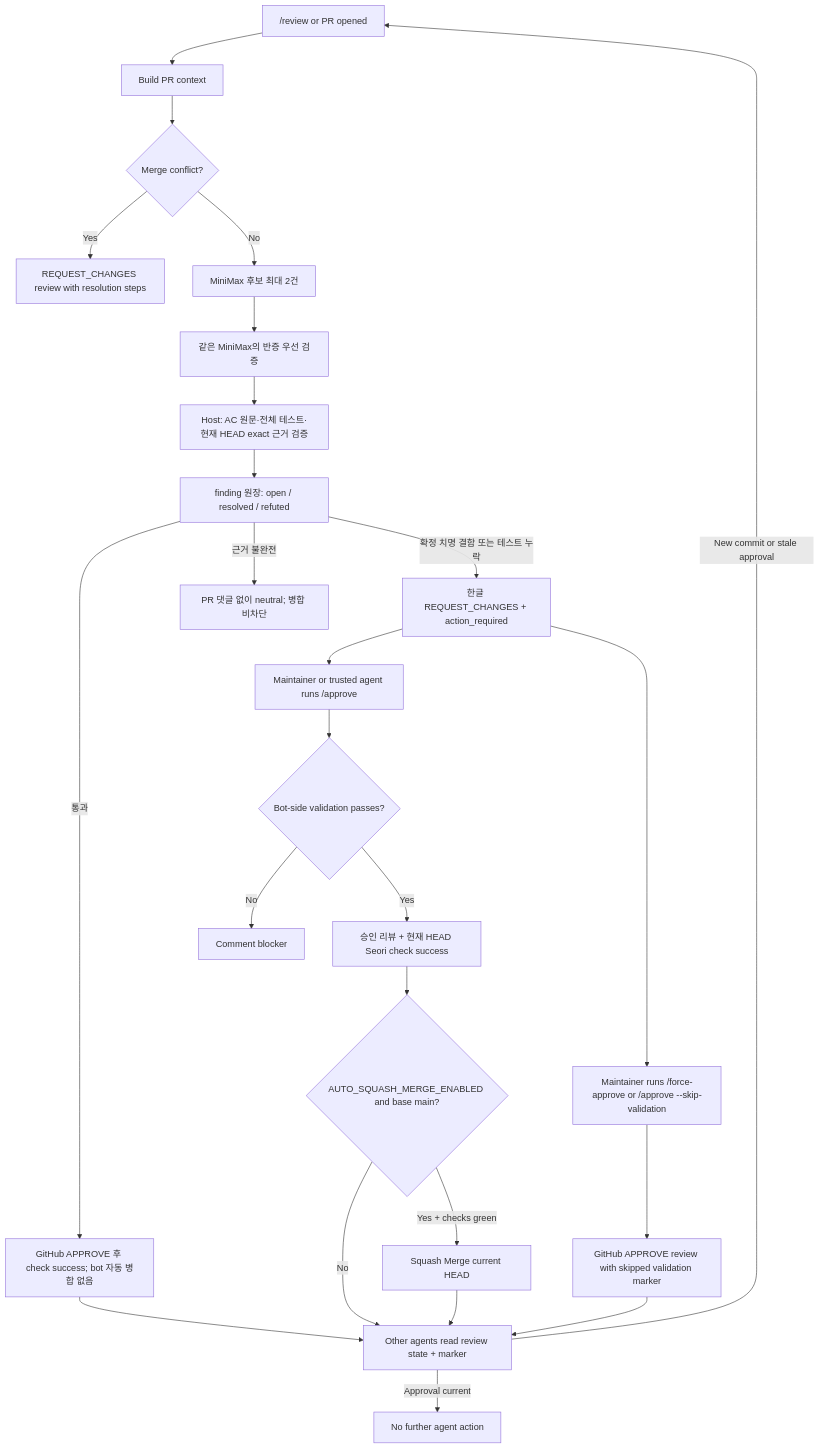
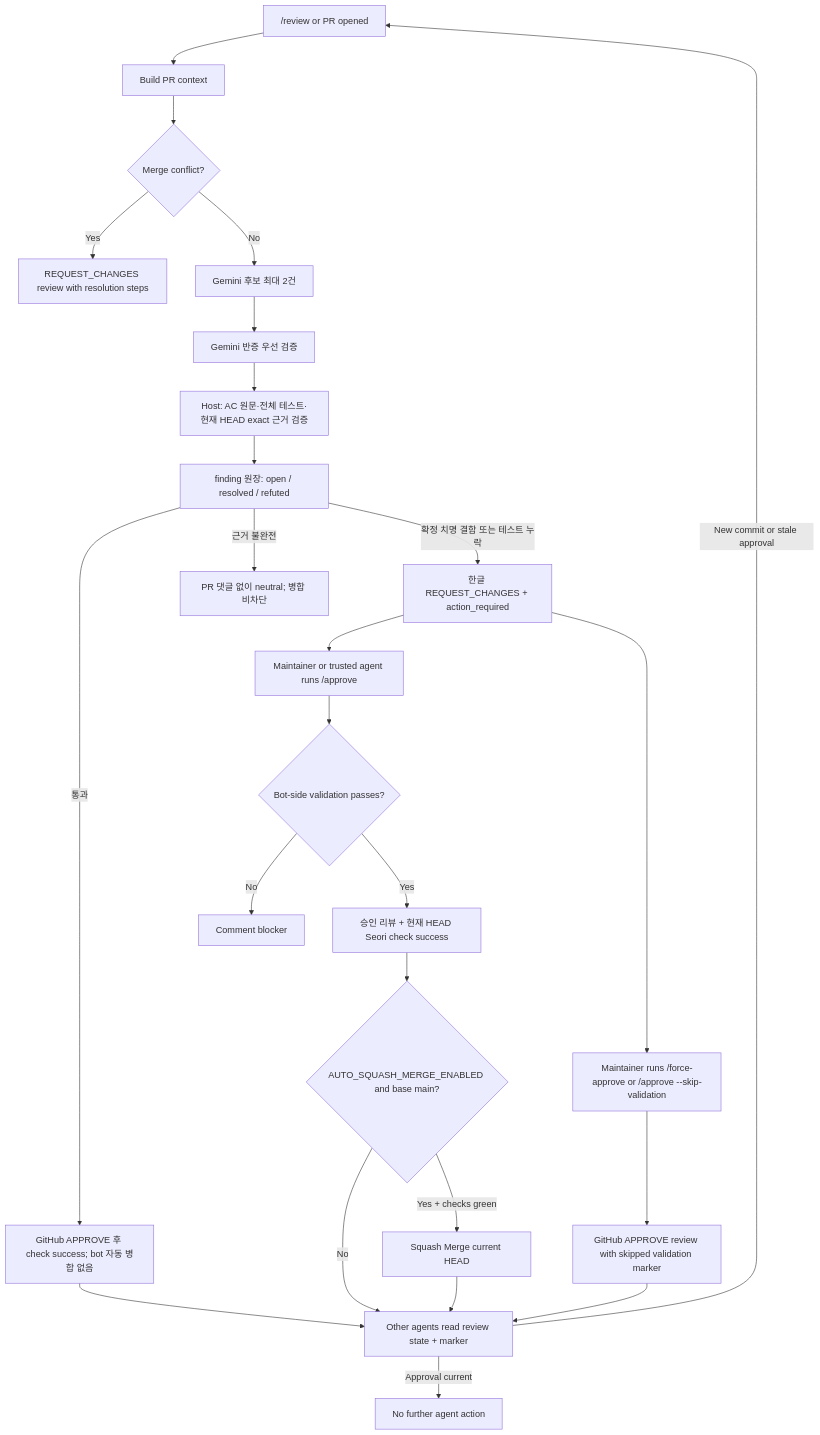
Before and after one commit to seorilabs/gemini-pr-bot: the second of 4 diagrams in README.md, drawn with Mermaid. The commit also changed other lines of this file and 11 other files, not shown here.

````diff
--- a/README.md
+++ b/README.md
@@ -84,27 +84,27 @@
 ```mermaid
 flowchart TD
   Review["/review or PR opened"] --> Context["Build PR context"]
   Context --> Conflict{"Merge conflict?"}
   Conflict -->|Yes| RequestChanges["REQUEST_CHANGES review with resolution steps"]
-  Conflict -->|No| Candidate["MiniMax 후보 최대 2건"]
-  Candidate --> Verifier["같은 MiniMax의 반증 우선 검증"]
+  Conflict -->|No| Candidate["Gemini 후보 최대 2건"]
+  Candidate --> Verifier["Gemini 반증 우선 검증"]
   Verifier --> Host["Host: AC 원문·전체 테스트·현재 HEAD exact 근거 검증"]
   Host --> Ledger["finding 원장: open / resolved / refuted"]
   Ledger -->|"확정 치명 결함 또는 테스트 누락"| Output["한글 REQUEST_CHANGES + action_required"]
   Ledger -->|"근거 불완전"| Neutral["PR 댓글 없이 neutral; 병합 비차단"]
   Ledger -->|통과| GateApproval["GitHub APPROVE 후 check success; bot 자동 병합 없음"]
   Output --> Approve["Maintainer or trusted agent runs /approve"]
   Approve --> Validation{"Bot-side validation passes?"}
   Validation -->|Yes| Approval["승인 리뷰 + 현재 HEAD Seori check success"]
   Validation -->|No| Block["Comment blocker"]
   Output --> ForceApprove["Maintainer runs /force-approve or /approve --skip-validation"]
   ForceApprove --> ForceApproval["GitHub APPROVE review with skipped validation marker"]
   GateApproval --> Agent
   Approval --> AutoMerge{"AUTO_SQUASH_MERGE_ENABLED and base main?"}
   AutoMerge -->|Yes + checks green| Squash["Squash Merge current HEAD"]
   AutoMerge -->|No| Agent
   Squash --> Agent
   ForceApproval --> Agent["Other agents read review state + marker"]
   Agent -->|Approval current| Stop["No further agent action"]
   Agent -->|New commit or stale approval| Review
 ```
````
